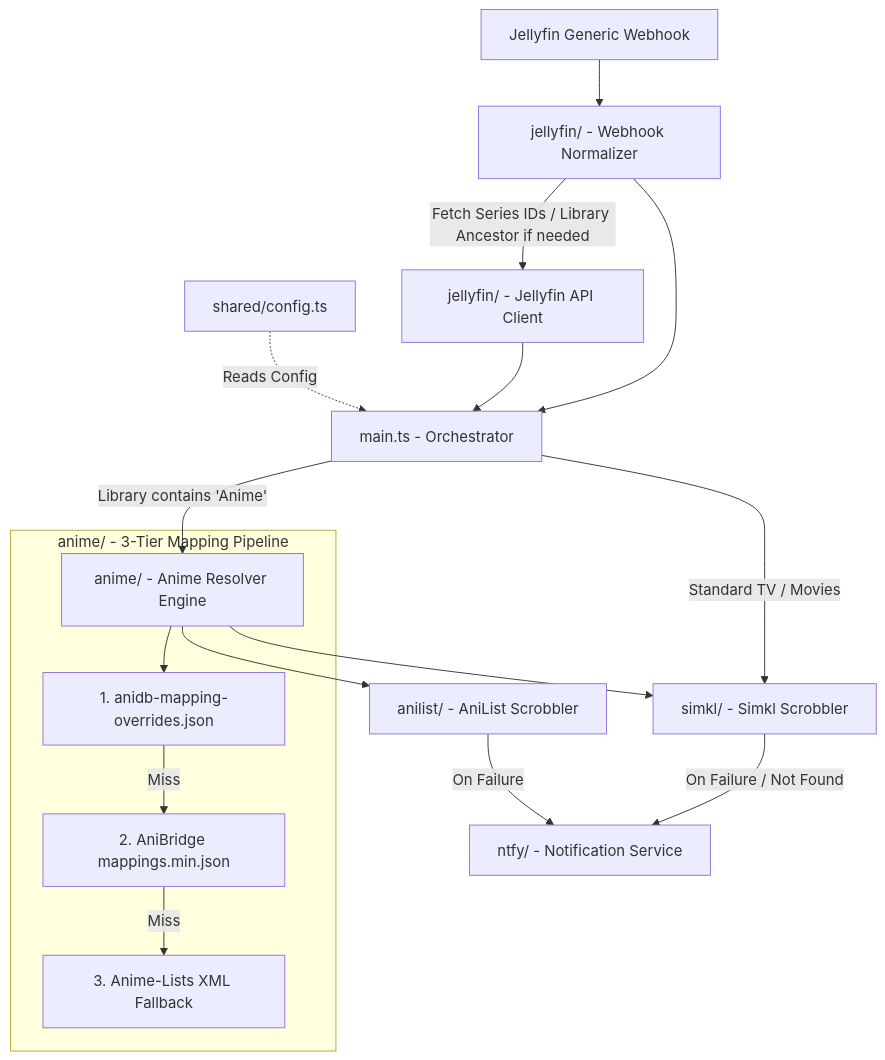
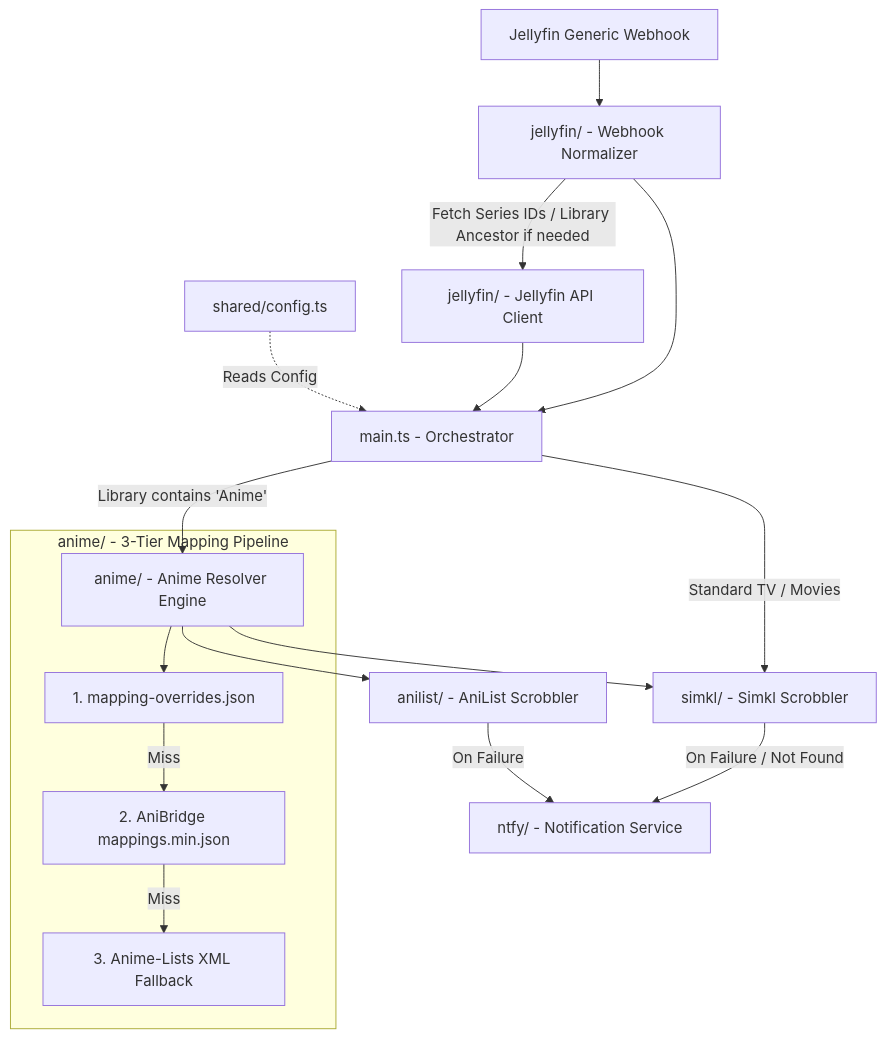
The diagram in README.md (dancoto/jellyfin-simkl-sync), drawn with Mermaid before and after one commit. The commit also changed other lines of this file and 42 other files, not shown here.

````diff
--- a/README.md
+++ b/README.md
@@ -11,22 +11,22 @@
 ```mermaid
 flowchart TD
     JF[Jellyfin Generic Webhook] --> Normalizer[jellyfin/ - Webhook Normalizer]
     Normalizer -->|Fetch Series IDs / Library Ancestor if needed| JFClient[jellyfin/ - Jellyfin API Client]
     Normalizer --> main[main.ts - Orchestrator]
     JFClient --> main
 
     main -->|Library contains 'Anime'| resolver[anime/ - Anime Resolver Engine]
     main -->|Standard TV / Movies| simkl[simkl/ - Simkl Scrobbler]
 
     subgraph Anime_Engine["anime/ - 3-Tier Mapping Pipeline"]
-        resolver --> Ovr[1. anidb-mapping-overrides.json]
+        resolver --> Ovr[1. mapping-overrides.json]
         Ovr -->|Miss| Bridge[2. AniBridge mappings.min.json]
         Bridge -->|Miss| AList[3. Anime-Lists XML Fallback]
     end
 
     resolver --> simkl
     resolver --> anilist[anilist/ - AniList Scrobbler]
     simkl -->|On Failure / Not Found| ntfy[ntfy/ - Notification Service]
     anilist -->|On Failure| ntfy
     shared[shared/config.ts] -.->|Reads Config| main
 ```
````
